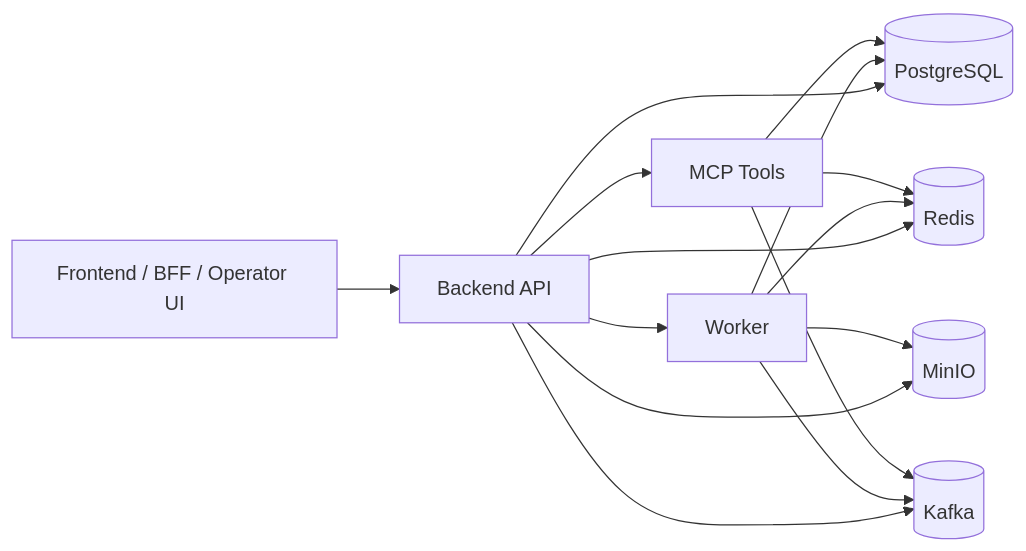
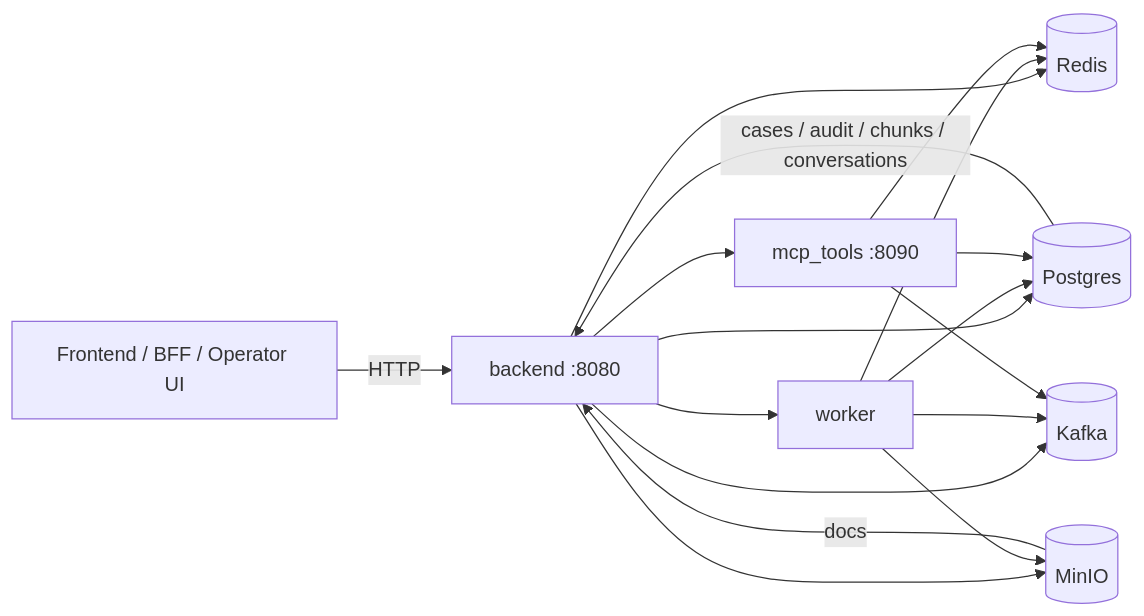
One commit to Lin-Lini/llm-copilot-bank-mvp changed the first of 3 diagrams in README.md. Above: the diagram before and after it, drawn with Mermaid. The commit also changed other lines of this file and 89 other files, not shown here.

First line of the commit message:
Refactor backend architecture, improve RAG/security, and refresh documentation (#1)

````diff
--- a/README.md
+++ b/README.md
@@ -64,19 +80,23 @@
 ```mermaid
 flowchart LR
-    UI[Frontend / BFF / Operator UI] --> BE[Backend API]
-    BE --> WRK[Worker]
-    BE --> MCP[MCP Tools]
-    BE --> PG[(PostgreSQL)]
+    UI[Frontend / BFF / Operator UI] -->|HTTP| BE[backend :8080]
+
+    BE --> WRK[worker]
+    BE --> MCP[mcp_tools :8090]
+    BE --> PG[(Postgres)]
     BE --> RD[(Redis)]
     BE --> MN[(MinIO)]
     BE --> KF[(Kafka)]
 
     WRK --> PG
     WRK --> RD
     WRK --> MN
     WRK --> KF
 
     MCP --> PG
     MCP --> RD
     MCP --> KF
+
+    PG -->|cases / audit / chunks / conversations| BE
+    MN -->|docs| BE
 ```
````
